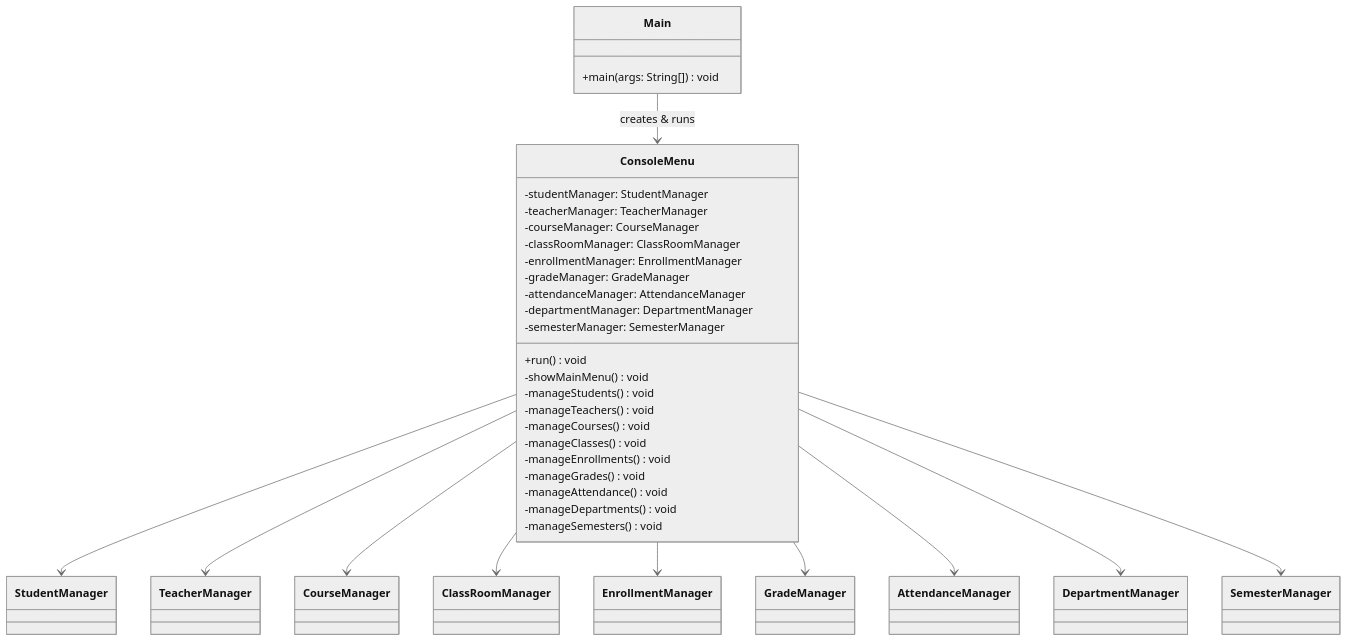
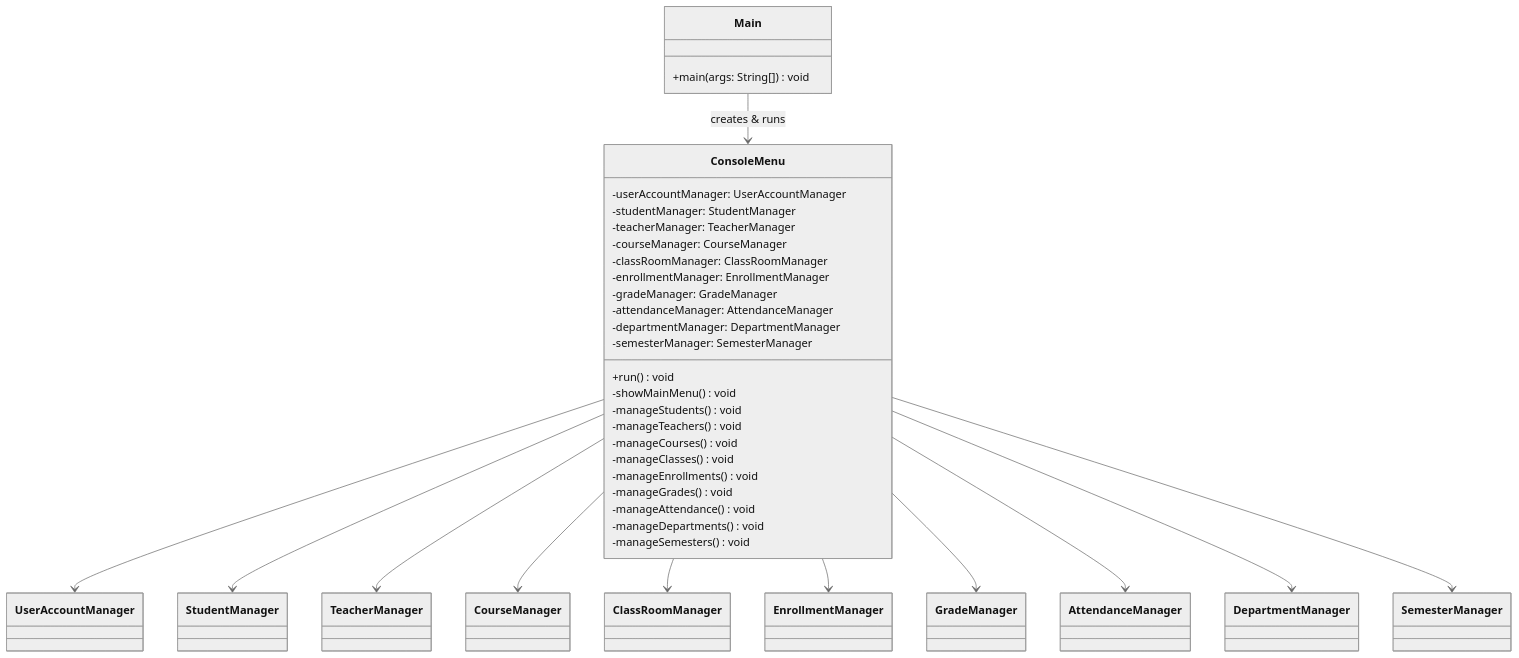
Before and after one commit to phucphuc2006/pro-192: the third of 3 diagrams in docs/ClassDiagrams/ClassDiagram.md, drawn with Mermaid (neutral theme). The commit also changed other lines of this file and 1 other file, not shown here.

````diff
--- a/docs/ClassDiagrams/ClassDiagram.md
+++ b/docs/ClassDiagrams/ClassDiagram.md
@@ -300,40 +323,42 @@
 ```mermaid
 classDiagram
     class Main {
         +main(args: String[]) void
     }
 
     class ConsoleMenu {
+        -userAccountManager: UserAccountManager
         -studentManager: StudentManager
         -teacherManager: TeacherManager
         -courseManager: CourseManager
         -classRoomManager: ClassRoomManager
         -enrollmentManager: EnrollmentManager
         -gradeManager: GradeManager
         -attendanceManager: AttendanceManager
         -departmentManager: DepartmentManager
         -semesterManager: SemesterManager
         +run() void
         -showMainMenu() void
         -manageStudents() void
         -manageTeachers() void
         -manageCourses() void
         -manageClasses() void
         -manageEnrollments() void
         -manageGrades() void
         -manageAttendance() void
         -manageDepartments() void
         -manageSemesters() void
     }
 
     Main --> ConsoleMenu : creates & runs
+    ConsoleMenu --> UserAccountManager
     ConsoleMenu --> StudentManager
     ConsoleMenu --> TeacherManager
     ConsoleMenu --> CourseManager
     ConsoleMenu --> ClassRoomManager
     ConsoleMenu --> EnrollmentManager
     ConsoleMenu --> GradeManager
     ConsoleMenu --> AttendanceManager
     ConsoleMenu --> DepartmentManager
     ConsoleMenu --> SemesterManager
 ```
````
